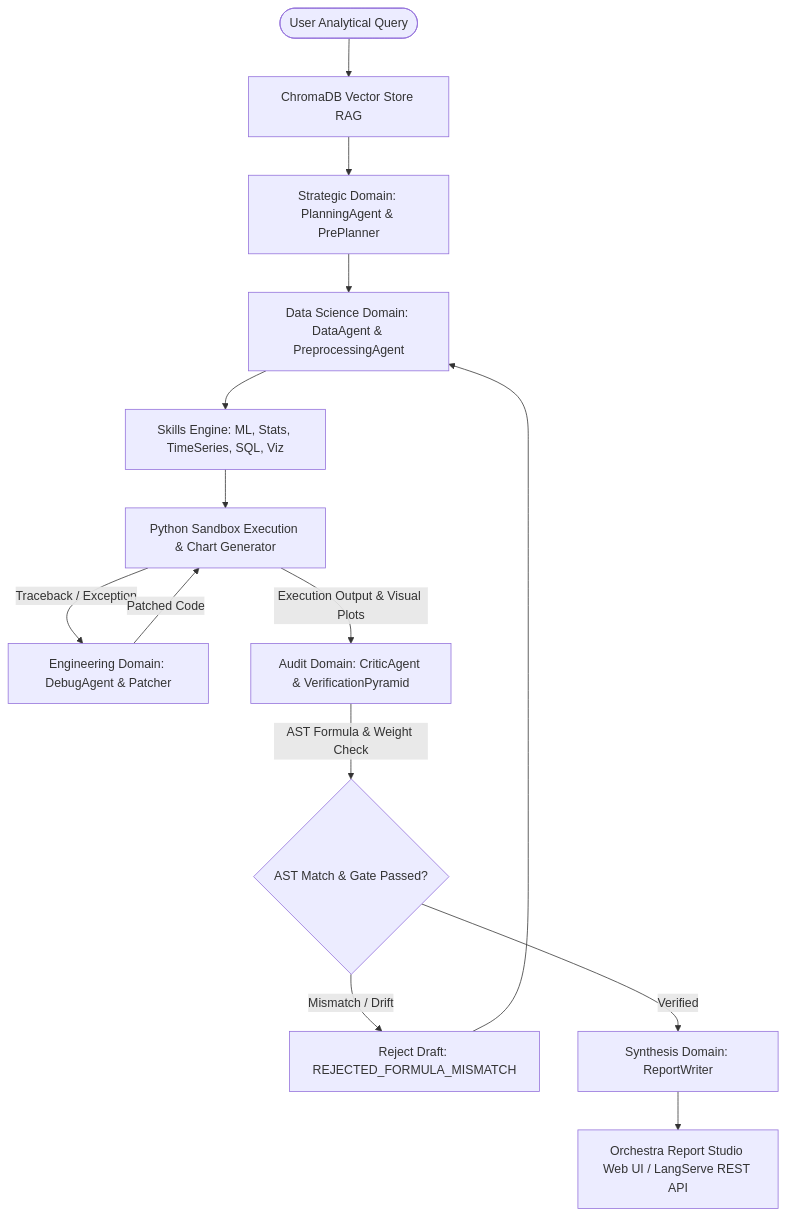
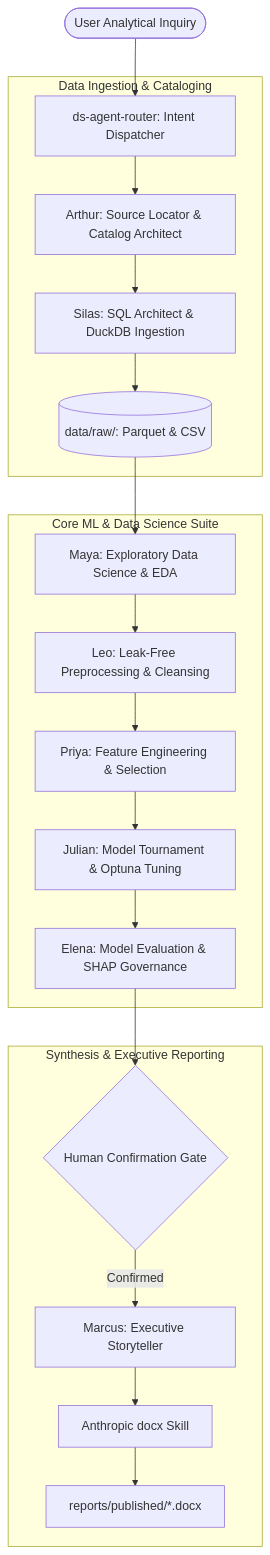
One commit to Master768/ARIA changed the diagram in README.md. Above: the diagram before and after it, drawn with Mermaid. The commit also changed other lines of this file and 123 other files, not shown here.

First line of the commit message:
feat: open-source BYOA Data Science suite with sample reports and anonymized datasets

````diff
--- a/README.md
+++ b/README.md
@@ -28,16 +16,25 @@
 ```mermaid
 flowchart TD
-    User([User Analytical Query]) --> VEC[ChromaDB Vector Store RAG]
-    VEC --> STRAT[Strategic Domain: PlanningAgent & PrePlanner]
-    STRAT --> DS[Data Science Domain: DataAgent & PreprocessingAgent]
-    DS --> SKILL[Skills Engine: ML, Stats, TimeSeries, SQL, Viz]
-    SKILL --> SB[Python Sandbox Execution & Chart Generator]
-    SB -->|Traceback / Exception| ENG[Engineering Domain: DebugAgent & Patcher]
-    ENG -->|Patched Code| SB
-    SB -->|Execution Output & Visual Plots| AUD[Audit Domain: CriticAgent & VerificationPyramid]
-    AUD -->|AST Formula & Weight Check| AST{AST Match & Gate Passed?}
-    AST -- Mismatch / Drift --> REJ[Reject Draft: REJECTED_FORMULA_MISMATCH]
-    REJ --> DS
-    AST -- Verified --> SYN[Synthesis Domain: ReportWriter]
-    SYN --> UI[Orchestra Report Studio Web UI / LangServe REST API]
+    UserQuery([User Analytical Inquiry]) --> Router[ds-agent-router: Intent Dispatcher]
+    
+    subgraph Data Ingestion & Cataloging
+        Router --> Arthur[Arthur: Source Locator & Catalog Architect]
+        Arthur --> Silas[Silas: SQL Architect & DuckDB Ingestion]
+        Silas --> RawData[(data/raw/: Parquet & CSV)]
+    end
+    
+    subgraph Core ML & Data Science Suite
+        RawData --> Maya[Maya: Exploratory Data Science & EDA]
+        Maya --> Leo[Leo: Leak-Free Preprocessing & Cleansing]
+        Leo --> Priya[Priya: Feature Engineering & Selection]
+        Priya --> Julian[Julian: Model Tournament & Optuna Tuning]
+        Julian --> Elena[Elena: Model Evaluation & SHAP Governance]
+    end
+    
+    subgraph Synthesis & Executive Reporting
+        Elena --> Gate{Human Confirmation Gate}
+        Gate -- Confirmed --> Marcus[Marcus: Executive Storyteller]
+        Marcus --> DocxSkill[Anthropic docx Skill]
+        DocxSkill --> PublishedDocx[reports/published/*.docx]
+    end
 ```
````
